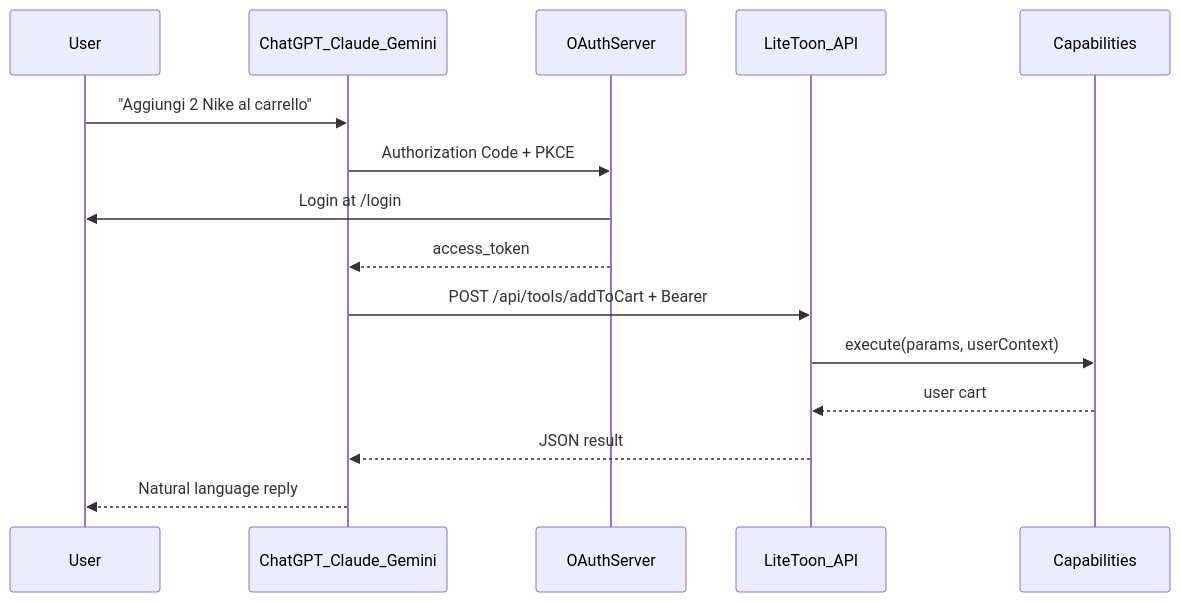
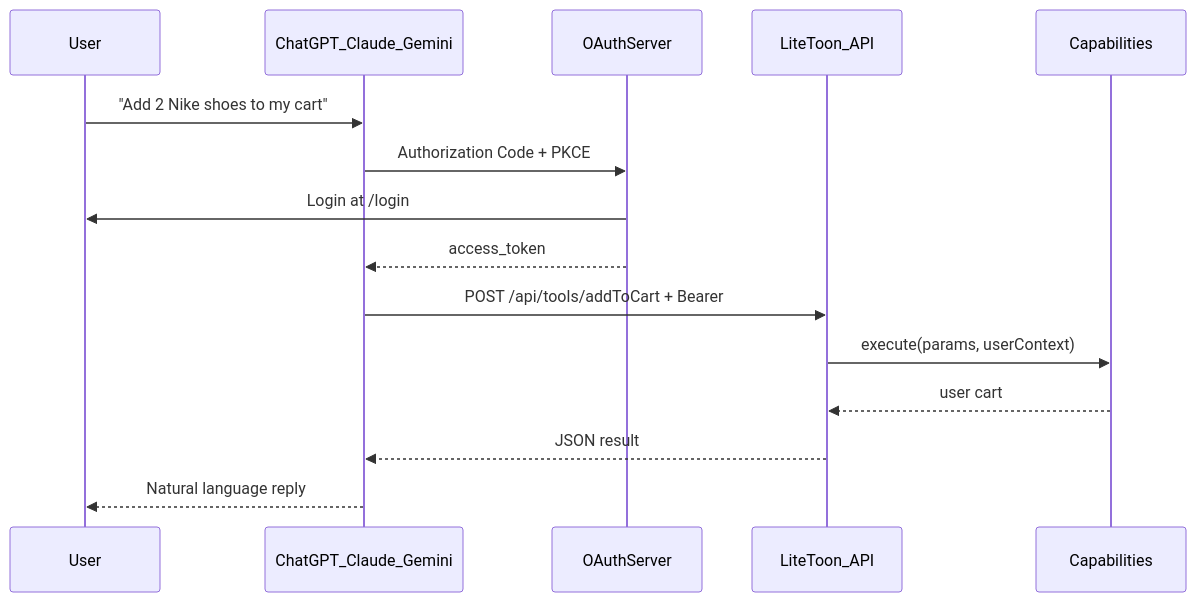
One commit to Luke-official/lite-toon changed the second of 2 diagrams in README.md. Above: the diagram before and after it, drawn with Mermaid. The commit also changed other lines of this file and 7 other files, not shown here.

````diff
--- a/README.md
+++ b/README.md
@@ -399,18 +399,18 @@
 ```mermaid
 sequenceDiagram
     participant User
     participant AI as ChatGPT_Claude_Gemini
     participant OAuth as OAuthServer
     participant API as LiteToon_API
     participant Cap as Capabilities
 
-    User->>AI: "Aggiungi 2 Nike al carrello"
+    User->>AI: "Add 2 Nike shoes to my cart"
     AI->>OAuth: Authorization Code + PKCE
     OAuth->>User: Login at /login
     OAuth-->>AI: access_token
     AI->>API: POST /api/tools/addToCart + Bearer
     API->>Cap: execute(params, userContext)
     Cap-->>API: user cart
     API-->>AI: JSON result
     AI-->>User: Natural language reply
 ```
````
